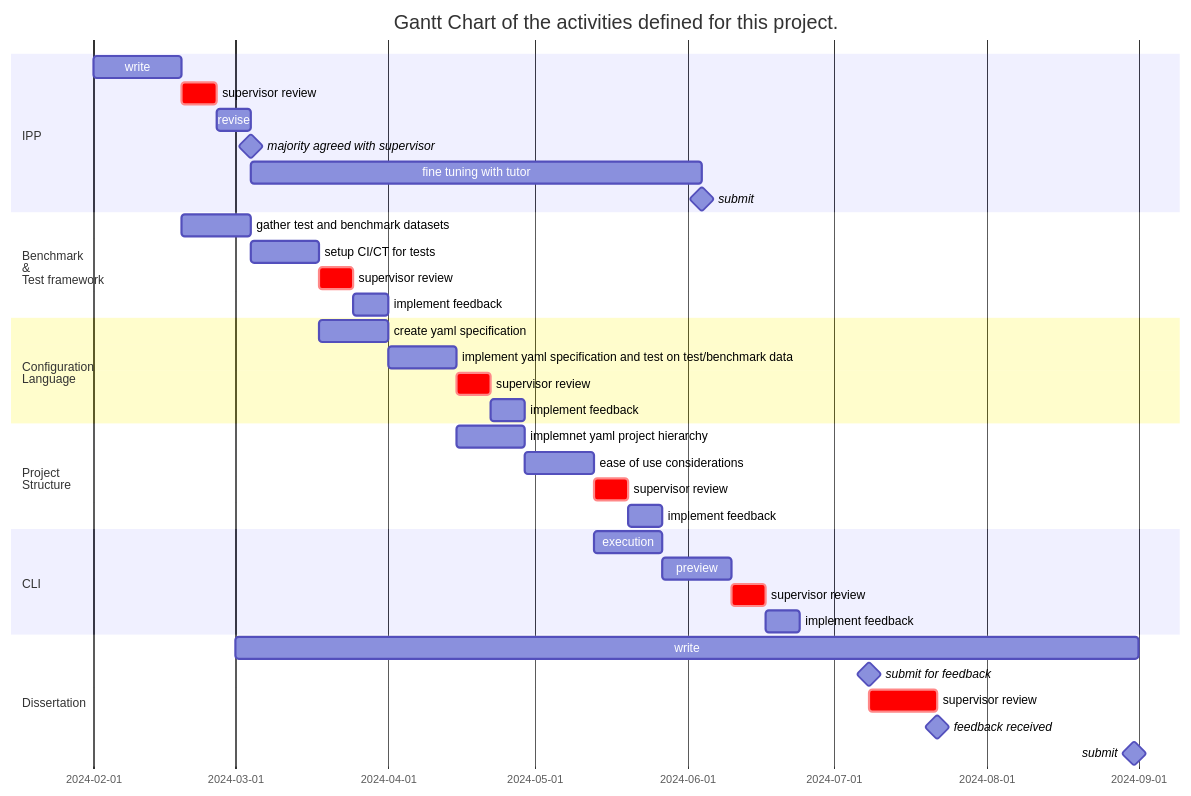
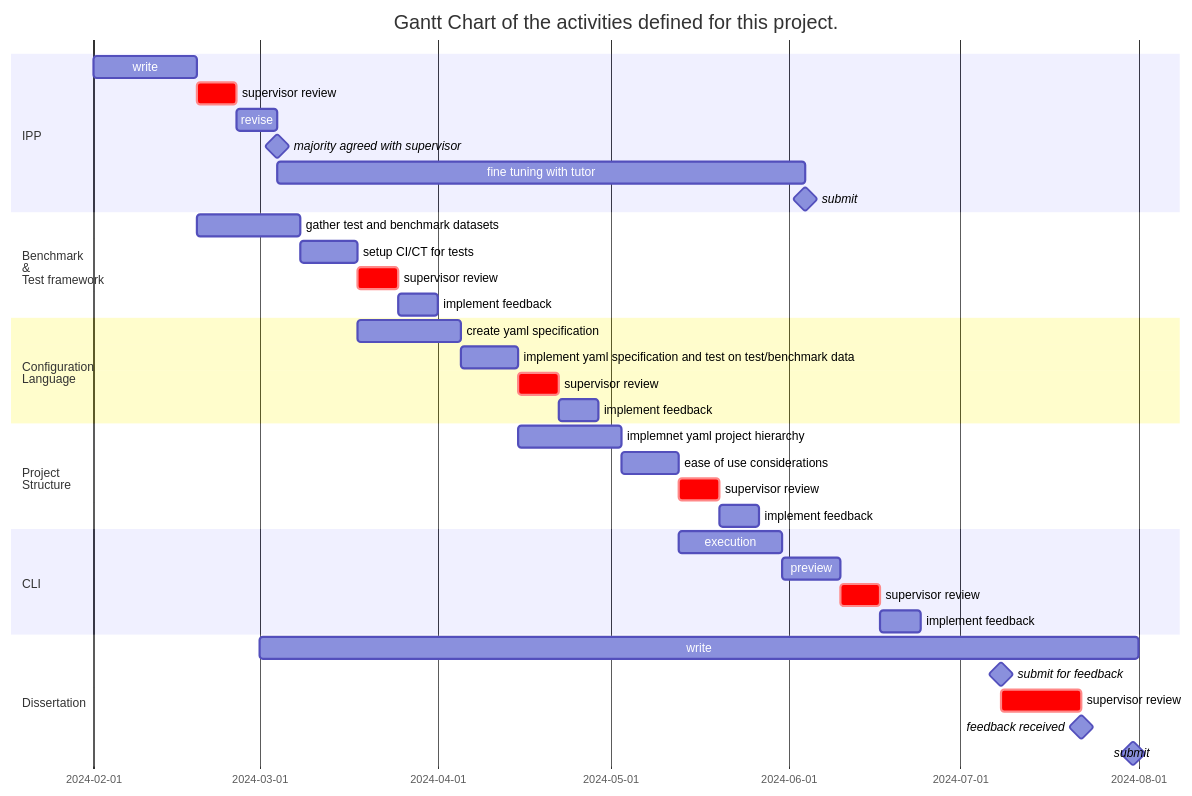
One commit to NathanDWalsh/els changed the second of 3 diagrams in docs/ipp/body.md. Above: the diagram before and after it, drawn with Mermaid. The commit also changed other lines of this file and 4 other files, not shown here.

````diff
--- a/docs/ipp/body.md
+++ b/docs/ipp/body.md
@@ -219,41 +261,39 @@
 ```{.mermaid loc=img format=svg theme=neutral caption=gantt}
 ---
 title: Gantt Chart of the activities defined for this project.
 ---
 gantt
-    dateFormat YYYY-MM-DD
-    tickInterval 1month
-        section IPP
-          write: 2024-02-01, 18d
-          supervisor review: crit, 1w
-          revise: 1w
-          majority agreed with supervisor  :milestone, 0d
-          fine tuning with tutor: 3M
-          submit :milestone,  0d
-        section Benchmark<br>&<br>Test framework
-          gather test and benchmark datasets: 2024-02-19, 2w
-          setup CI/CT for tests: 2w
-          supervisor review: crit, 1w
-          implement feedback: 1w
-        section Configuration<br>Language
-          create yaml specification: 2024-03-18, 2w
-          implement yaml specification and test on test/benchmark data: 2w
-          supervisor review: crit, 1w
-          implement feedback: 1w
-        section Project<br>Structure
-          implemnet yaml project hierarchy: 2024-04-15, 2w
-          ease of use considerations: 2w
-          supervisor review: crit, 1w
-          implement feedback: 1w
-        section CLI
-          execution: 2024-05-13, 2w
-          preview : 2w
-          supervisor review: crit, 1w
-          implement feedback: 1w
-        section Dissertation
-          write :2024-03-01, 6M
-          submit for feedback: milestone, 2024-07-08, 0d
-          supervisor review: crit, 2w
-          feedback received: milestone , 0d
-          submit :milestone, 2024-08-31, 0d
+  section IPP
+    write: 2024-02-01, 18d
+    supervisor review: crit, 1w
+    revise: 1w
+    majority agreed with supervisor  :milestone, 0d
+    fine tuning with tutor: 3M
+    submit :milestone,  0d
+  section Benchmark<br>&<br>Test framework
+    gather test and benchmark datasets: 2024-02-19, 18d
+    setup CI/CT for tests: 10d
+    supervisor review: crit, 1w
+    implement feedback: 1w
+  section Configuration<br>Language
+    create yaml specification: 2024-03-18, 18d
+    implement yaml specification and test on test/benchmark data: 10d
+    supervisor review: crit, 1w
+    implement feedback: 1w
+  section Project<br>Structure
+    implemnet yaml project hierarchy: 2024-04-15, 18d
+    ease of use considerations: 10d
+    supervisor review: crit, 1w
+    implement feedback: 1w
+  section CLI
+    execution: 2024-05-13, 18d
+    preview : 10d
+    supervisor review: crit, 1w
+    implement feedback: 1w
+  section Dissertation
+    write :2024-03-01, 5M
+    submit for feedback: milestone, 2024-07-08, 0d
+    supervisor review: crit, 2w
+    feedback received: milestone , 0d
+    submit :milestone, 2024-07-31, 0d
 ```
````
